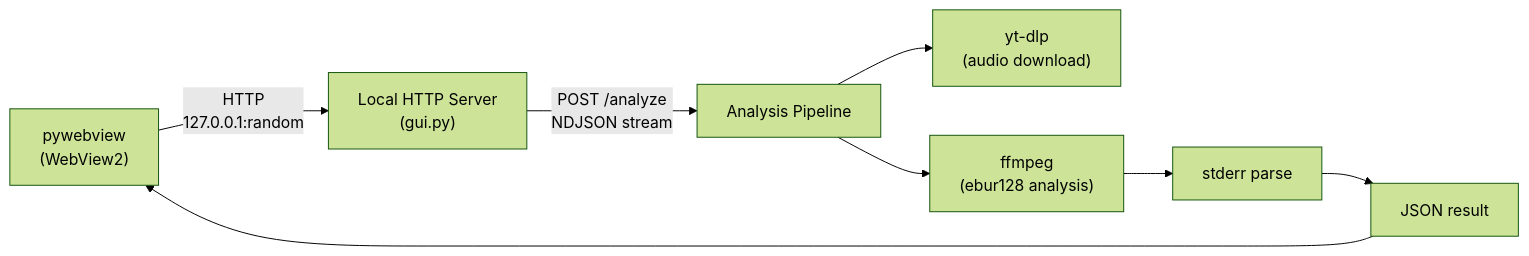
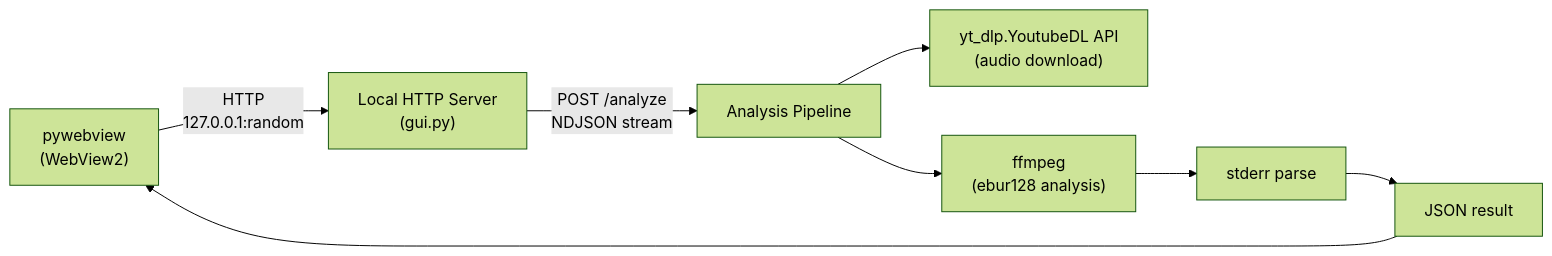
One commit to semnil/analyze-loudness changed the first of 3 diagrams in docs/architecture.md. Above: the diagram before and after it, drawn with Mermaid (forest theme). The commit also changed other lines of this file and 3 other files, not shown here.

First line of the commit message:
docs: architecture / security-audit / CLAUDE / README を更新

````diff
--- a/docs/architecture.md
+++ b/docs/architecture.md
@@ -10,10 +10,10 @@
 ```mermaid
 graph LR
     A["pywebview<br/>(WebView2)"] -->|"HTTP<br/>127.0.0.1:random"| B["Local HTTP Server<br/>(gui.py)"]
     B -->|"POST /analyze<br/>NDJSON stream"| C["Analysis Pipeline"]
-    C --> D["yt-dlp<br/>(audio download)"]
+    C --> D["yt_dlp.YoutubeDL API<br/>(audio download)"]
     C --> E["ffmpeg<br/>(ebur128 analysis)"]
     E --> F["stderr parse"]
     F --> G["JSON result"]
     G --> A
 ```
````
